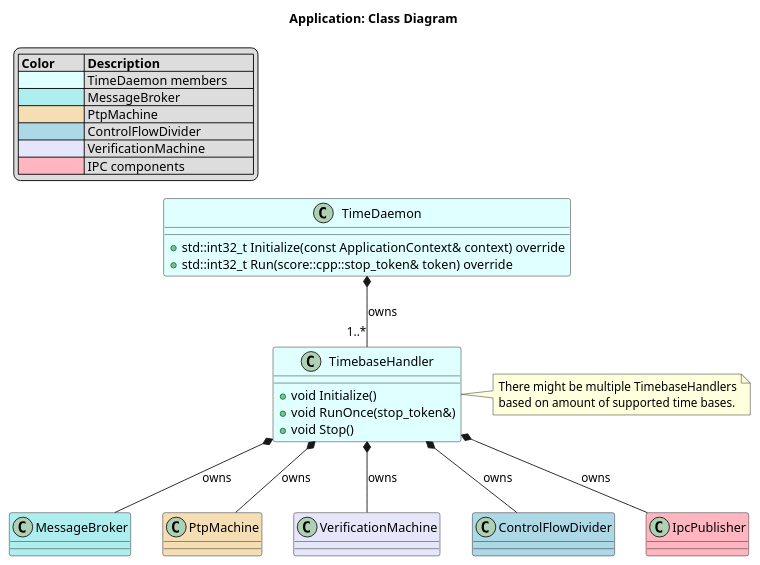
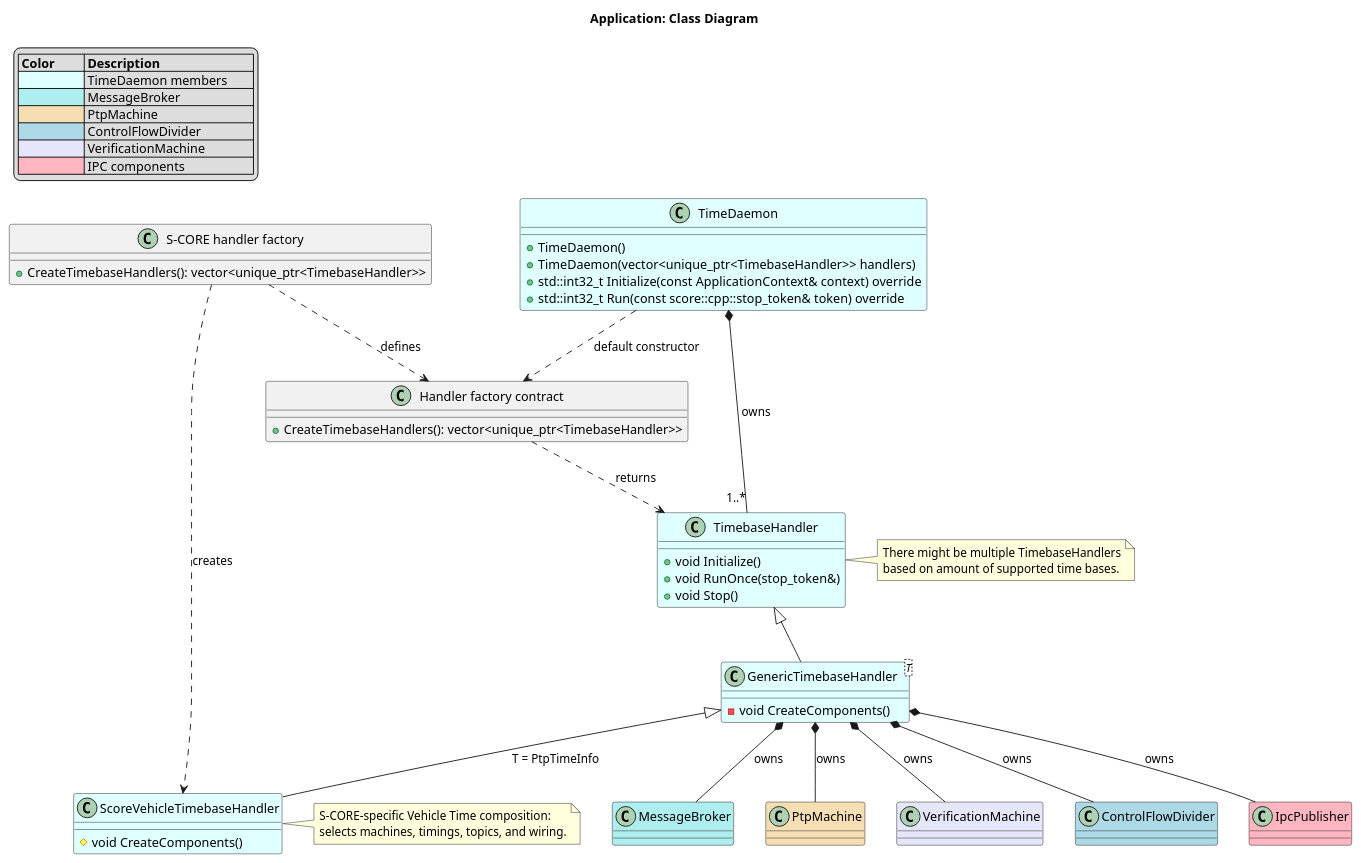
Before and after one commit to eclipse-score/time: the diagram in score/time_daemon/docs/detailed_design/_assets/app/app_class.puml, drawn with PlantUML. The commit also changed 53 other files, not shown here.

First line of the commit message:
Add a generic timebase handler to TimeDaemon (#244)

```diff
--- a/score/time_daemon/docs/detailed_design/_assets/app/app_class.puml
+++ b/score/time_daemon/docs/detailed_design/_assets/app/app_class.puml
@@ -14,44 +14,72 @@
 @startuml application_class_diagram
 
 title Application: Class Diagram
 
 legend top left
     |= Color         |= Description              |
     | <#LightCyan>   | TimeDaemon members        |
     | <#PaleTurquoise> | MessageBroker           |
     | <#Wheat>       | PtpMachine                |
     | <#LightBlue>   | ControlFlowDivider        |
     | <#Lavender>    | VerificationMachine       |
     | <#LightPink>   | IPC components            |
 endlegend
 
 class "TimeDaemon" as vtd_app #LightCyan {
+    +TimeDaemon()
+    +TimeDaemon(vector<unique_ptr<TimebaseHandler>> handlers)
     +std::int32_t Initialize(const ApplicationContext& context) override
-    +std::int32_t Run(score::cpp::stop_token& token) override
+    +std::int32_t Run(const score::cpp::stop_token& token) override
+}
+
+class "Handler factory contract" as factory {
+    +CreateTimebaseHandlers(): vector<unique_ptr<TimebaseHandler>>
+}
+
+class "S-CORE handler factory" as score_factory {
+    +CreateTimebaseHandlers(): vector<unique_ptr<TimebaseHandler>>
 }
 
 class "TimebaseHandler" as tb_handler #LightCyan{
     +void Initialize()
     +void RunOnce(stop_token&)
     +void Stop()
 }
 note right
     There might be multiple TimebaseHandlers
     based on amount of supported time bases.
 end note
 
+class "GenericTimebaseHandler<T>" as generic_handler #LightCyan {
+    -void CreateComponents()
+}
+
+class "ScoreVehicleTimebaseHandler" as score_vehicle_time_handler #LightCyan {
+    #void CreateComponents()
+}
+note right of score_vehicle_time_handler
+    S-CORE-specific Vehicle Time composition:
+    selects machines, timings, topics, and wiring.
+end note
+
 class "MessageBroker" as msg_broker #PaleTurquoise
 class "PtpMachine" as ptp_machine #Wheat
 class "VerificationMachine" as ver_machine #Lavender
 class "ControlFlowDivider" as cf_divider #LightBlue
 class "IpcPublisher" as ipc_publisher #LightPink
 
 vtd_app *-- "1..*" tb_handler : owns
+vtd_app ..> factory : default constructor
+factory ..> tb_handler : returns
+score_factory ..> factory : defines
+score_factory ..> score_vehicle_time_handler : creates
+tb_handler <|-- generic_handler
+generic_handler <|-- score_vehicle_time_handler : T = PtpTimeInfo
 
-tb_handler *-- msg_broker : owns
-tb_handler *-- ptp_machine : owns
-tb_handler *-- ver_machine : owns
-tb_handler *-- cf_divider : owns
-tb_handler *-- ipc_publisher : owns
+generic_handler *-- msg_broker : owns
+generic_handler *-- ptp_machine : owns
+generic_handler *-- ver_machine : owns
+generic_handler *-- cf_divider : owns
+generic_handler *-- ipc_publisher : owns
 
 @enduml
```
